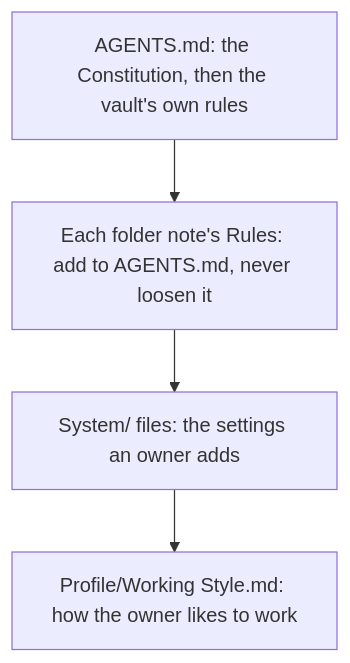
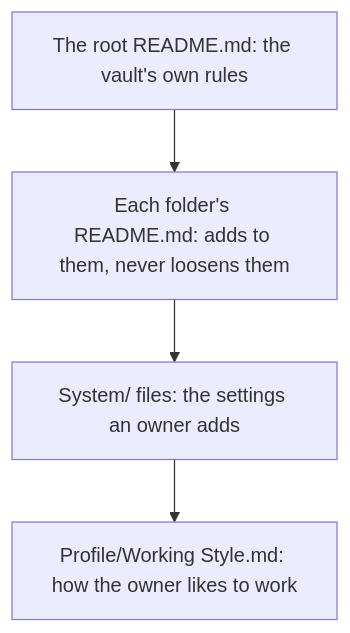
Before and after one commit to tannergolden/knowledge: the first of 2 diagrams in .docs/introduction/How-The-Vault-Works.md, drawn with Mermaid. The commit also changed other lines of this file and 337 other files, not shown here.

First line of the commit message:
refactor(vault): ♻️ explain every folder in a README, with no AI instructions

````diff
--- a/.docs/introduction/How-The-Vault-Works.md
+++ b/.docs/introduction/How-The-Vault-Works.md
@@ -46,6 +46,6 @@
 ```mermaid
 graph TD
-    A["AGENTS.md: the Constitution, then the vault's own rules"] --> B["Each folder note's Rules: add to AGENTS.md, never loosen it"]
+    A["The root README.md: the vault's own rules"] --> B["Each folder's README.md: adds to them, never loosens them"]
     B --> C["System/ files: the settings an owner adds"]
     C --> D["Profile/Working Style.md: how the owner likes to work"]
 ```
````
